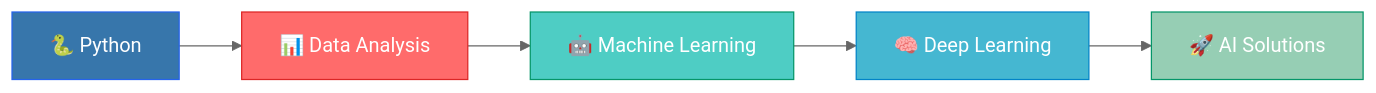
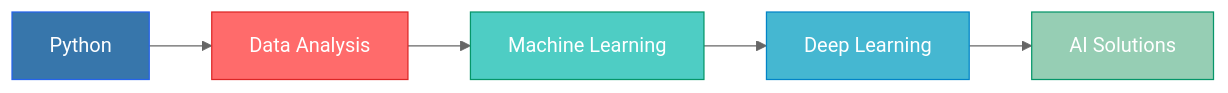
One commit to SalehAlomair/SalehAlomair changed the diagram in README.md. Above: the diagram before and after it, drawn with Mermaid (neutral theme). The commit also changed other lines of this file, not shown here.

````diff
--- a/README.md
+++ b/README.md
@@ -103,13 +103,13 @@
 ```mermaid
 flowchart LR
-    A[🐍 Python] --> B[📊 Data Analysis]
-    B --> C[🤖 Machine Learning]
-    C --> D[🧠 Deep Learning]
-    D --> E[🚀 AI Solutions]
+    A[Python] --> B[Data Analysis]
+    B --> C[Machine Learning]
+    C --> D[Deep Learning]
+    D --> E[AI Solutions]
     
     style A fill:#3776AB,stroke:#2563EB,color:#ffffff
     style B fill:#FF6B6B,stroke:#DC2626,color:#ffffff
     style C fill:#4ECDC4,stroke:#059669,color:#ffffff
     style D fill:#45B7D1,stroke:#0284C7,color:#ffffff
     style E fill:#96CEB4,stroke:#059669,color:#ffffff
 ```
````
